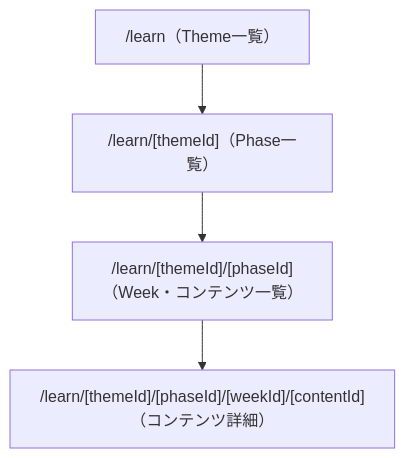
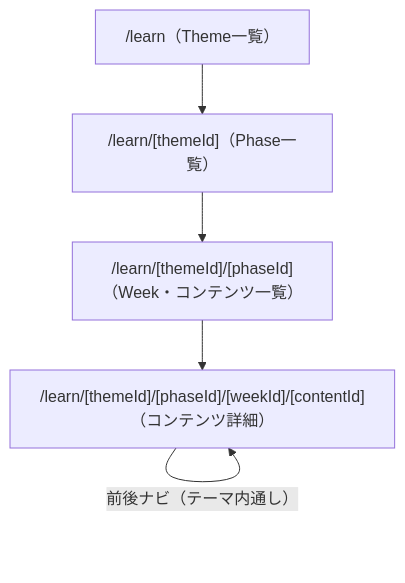
The fifth of 7 diagrams in docs/specification.md (Singuralitylabs/sinlab-study), drawn with Mermaid before and after one commit. The commit also changed other lines of this file and 7 other files, not shown here.

````diff
--- a/docs/specification.md
+++ b/docs/specification.md
@@ -433,6 +433,7 @@
 ```mermaid
 flowchart TD
     A["/learn（Theme一覧）"] --> B["/learn/[themeId]（Phase一覧）"]
     B --> C["/learn/[themeId]/[phaseId]（Week・コンテンツ一覧）"]
     C --> D["/learn/[themeId]/[phaseId]/[weekId]/[contentId]（コンテンツ詳細）"]
+    D -- 前後ナビ（テーマ内通し） --> D
 ```
````
